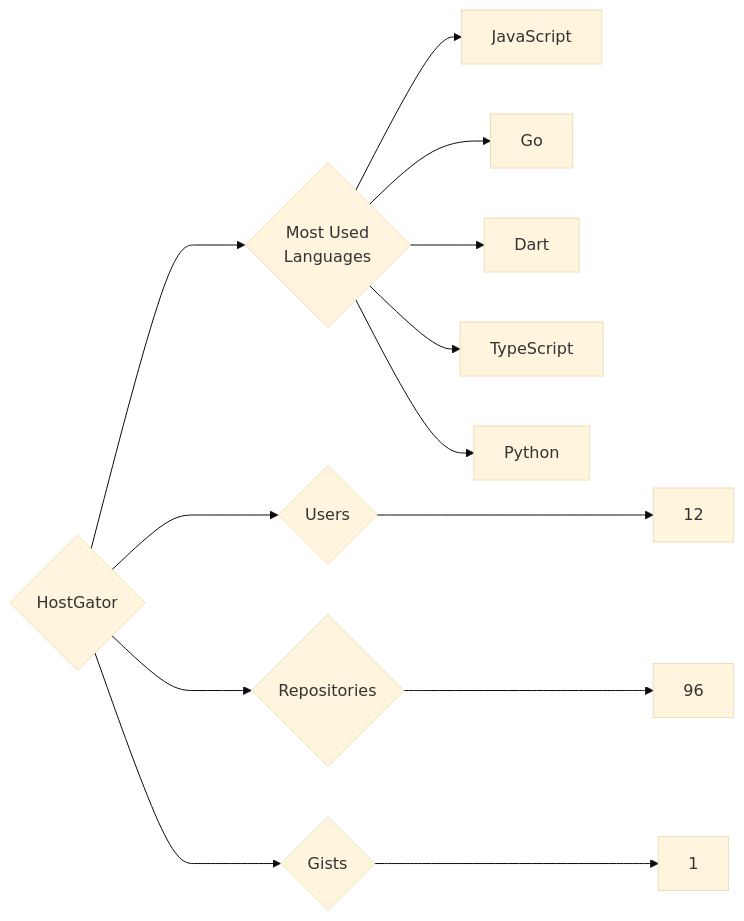
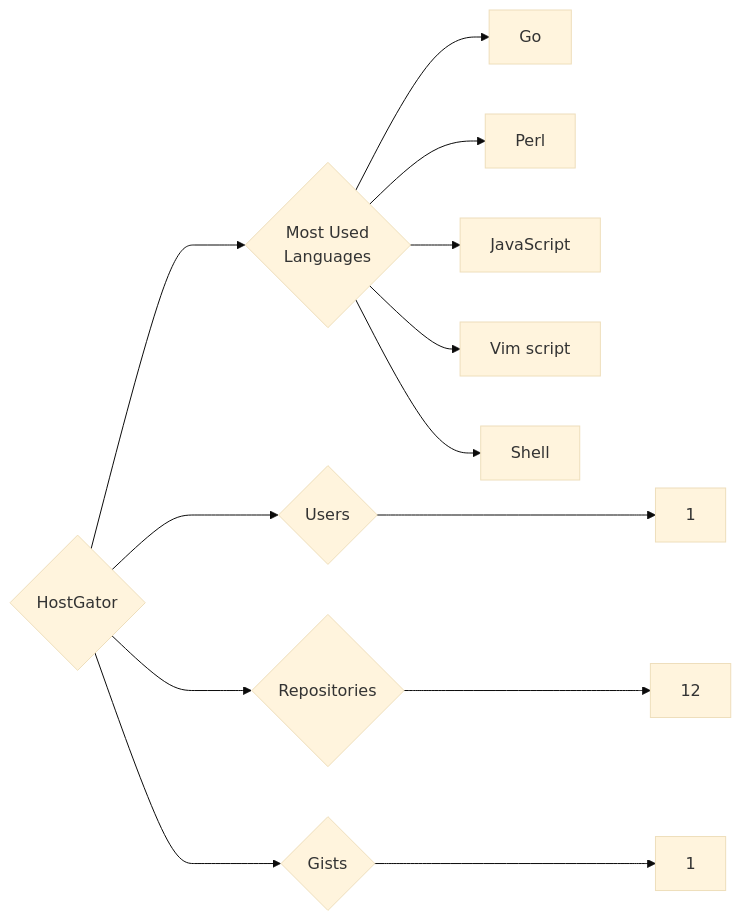
Before and after one commit to trickest/insiders: the diagram in targets/HostGator/README.md, drawn with Mermaid (base theme). The commit also changed 809 other files, not shown here.

````diff
--- a/targets/HostGator/README.md
+++ b/targets/HostGator/README.md
@@ -3,13 +3,13 @@
 ```mermaid
 graph LR
 COMPANY_NAME{HostGator}
-COMPANY_NAME ---> U{Users} ---> UN[12]
-COMPANY_NAME ---> R{Repositories} ---> RN[96]
+COMPANY_NAME ---> U{Users} ---> UN[1]
+COMPANY_NAME ---> R{Repositories} ---> RN[12]
 COMPANY_NAME ---> G{Gists} ---> GN[1]
 COMPANY_NAME ---> ML{Most Used<br>Languages}
+ML --> Go[Go]
+ML --> Perl[Perl]
 ML --> JavaScript[JavaScript]
-ML --> Go[Go]
-ML --> Dart[Dart]
-ML --> TypeScript[TypeScript]
-ML --> Python[Python]
+ML --> Vim_script[Vim script]
+ML --> Shell[Shell]
 ```
````
